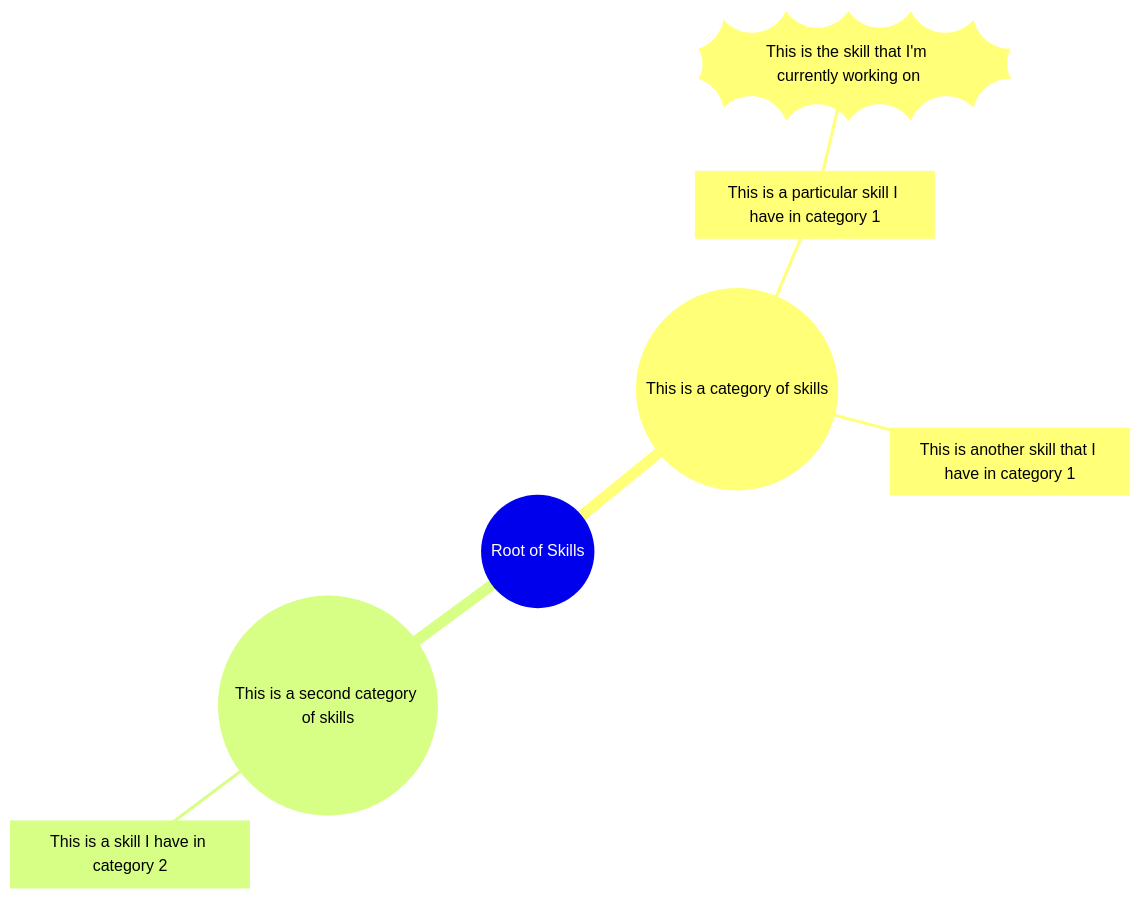
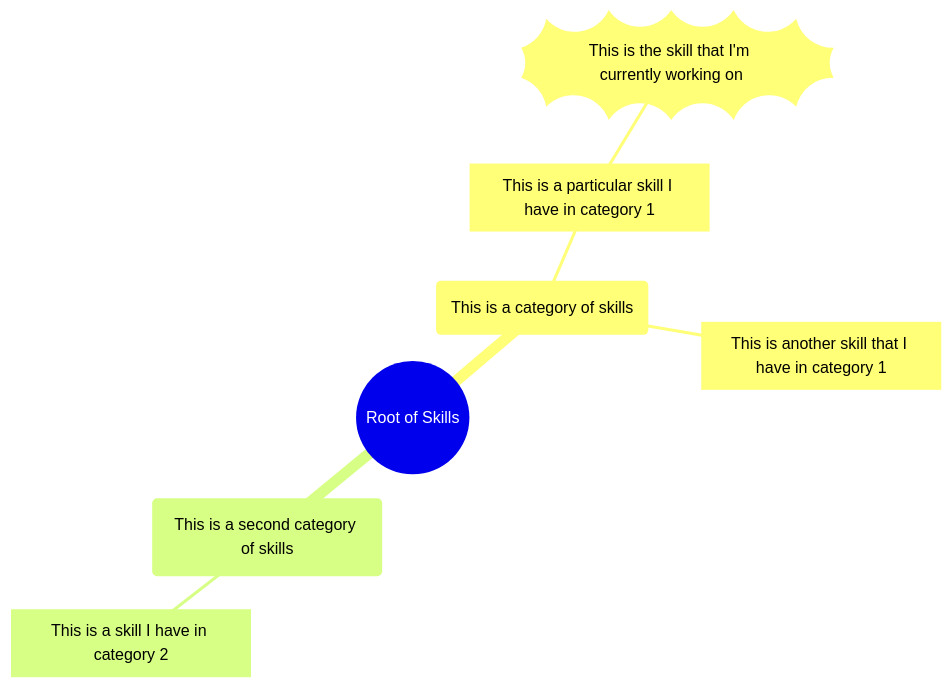
Before and after one commit to Russell-Waterhouse/skill-tree: the first of 2 diagrams in README.md, drawn with Mermaid. The commit also changed other lines of this file, not shown here.

Commit message:
add more skills

````diff
--- a/README.md
+++ b/README.md
@@ -6,10 +6,10 @@
 ```mermaid
 mindmap
     root((Root of Skills))
-        category((This is a category of skills))
+        category(This is a category of skills)
             skill[This is a particular skill I have in category 1]
                 wip))This is the skill that I'm currently working on((
             skill2[This is another skill that I have in category 1]
-        category2((This is a second category of skills))
+        category2(This is a second category of skills)
             skill3[This is a skill I have in category 2]
 ```
````
